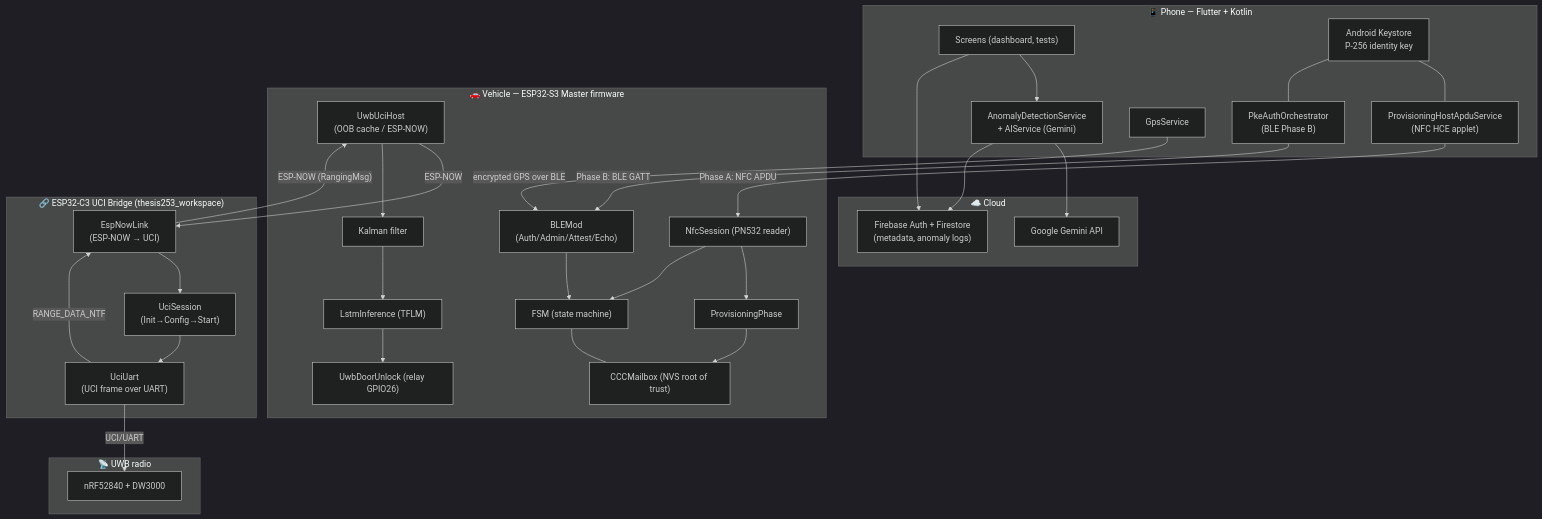
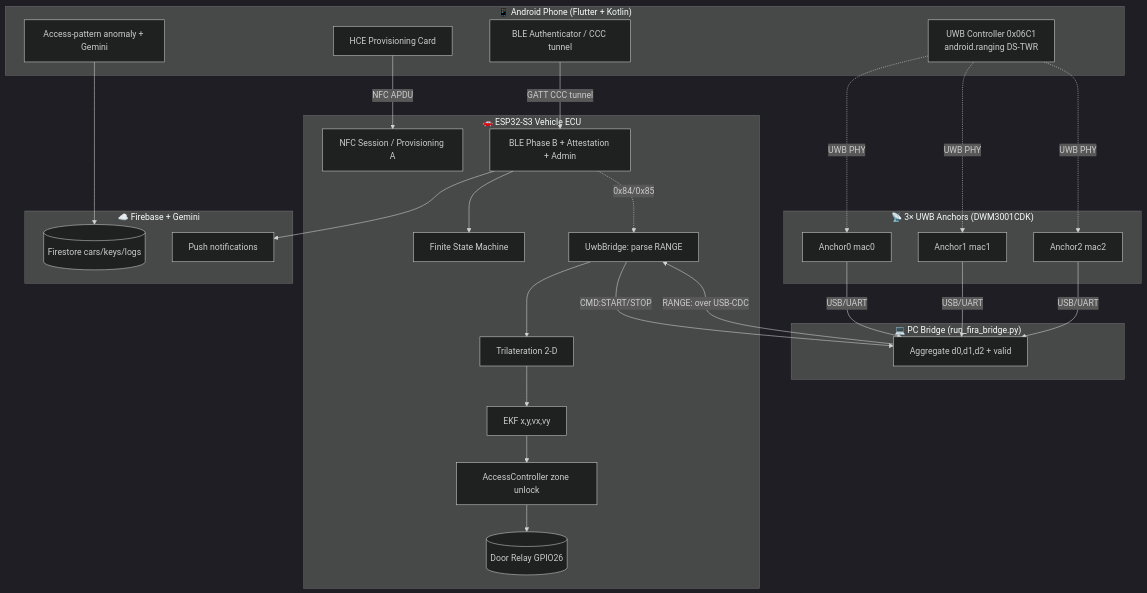
Before and after one commit to NhanVo-tech/Thesis: the first of 2 diagrams in SmartCarAccess/docs/ARCHITECTURE.md, drawn with Mermaid (dark theme). The commit also changed other lines of this file and 8 other files, not shown here.

````diff
--- a/SmartCarAccess/docs/ARCHITECTURE.md
+++ b/SmartCarAccess/docs/ARCHITECTURE.md
@@ -9,57 +25,47 @@
 ```mermaid
 flowchart TB
-    subgraph Phone["📱 Phone — Flutter + Kotlin"]
-        UI["Screens (dashboard, tests)"]
-        KS["Android Keystore\nP-256 identity key"]
-        HCE["ProvisioningHostApduService\n(NFC HCE applet)"]
-        PKE["PkeAuthOrchestrator\n(BLE Phase B)"]
-        GPS["GpsService"]
-        ANO["AnomalyDetectionService\n+ AIService (Gemini)"]
+    subgraph Phone["📱 Android Phone (Flutter + Kotlin)"]
+        HCE[HCE Provisioning Card]
+        BLEc[BLE Authenticator / CCC tunnel]
+        UWBc[UWB Controller 0x06C1<br/>android.ranging DS-TWR]
+        AI[Access-pattern anomaly + Gemini]
     end
 
-    subgraph Cloud["☁️ Cloud"]
-        FB["Firebase Auth + Firestore\n(metadata, anomaly logs)"]
-        GEM["Google Gemini API"]
+    subgraph Anchors["📡 3× UWB Anchors (DWM3001CDK)"]
+        A0[Anchor0 mac0]
+        A1[Anchor1 mac1]
+        A2[Anchor2 mac2]
     end
 
-    subgraph Vehicle["🚗 Vehicle — ESP32-S3 Master firmware"]
-        NFC["NfcSession (PN532 reader)"]
-        PROV["ProvisioningPhase"]
-        CCC["CCCMailbox (NVS root of trust)"]
-        BLE["BLEMod\n(Auth/Admin/Attest/Echo)"]
-        FSM["FSM (state machine)"]
-        HOST["UwbUciHost\n(OOB cache / ESP-NOW)"]
-        KAL["Kalman filter"]
-        LSTM["LstmInference (TFLM)"]
-        DOOR["UwbDoorUnlock (relay GPIO26)"]
+    subgraph PC["💻 PC Bridge (run_fira_bridge.py)"]
+        Bridge[Aggregate d0,d1,d2 + valid]
     end
 
-    subgraph Bridge["🔗 ESP32-C3 UCI Bridge (thesis253_workspace)"]
-        EN["EspNowLink\n(ESP-NOW → UCI)"]
-        US["UciSession\n(Init→Config→Start)"]
-        UU["UciUart\n(UCI frame over UART)"]
+    subgraph ESP["🚗 ESP32-S3 Vehicle ECU"]
+        NFC[NFC Session / Provisioning A]
+        BLEs[BLE Phase B + Attestation + Admin]
+        FSM[Finite State Machine]
+        UWBb[UwbBridge: parse RANGE]
+        TRI[Trilateration 2-D]
+        EKF[EKF x,y,vx,vy]
+        AC[AccessController zone unlock]
+        RELAY[(Door Relay GPIO26)]
     end
 
-    subgraph Radios["📡 UWB radio"]
-        DW["nRF52840 + DW3000"]
+    subgraph Cloud["☁️ Firebase + Gemini"]
+        FS[(Firestore cars/keys/logs)]
+        FCM[Push notifications]
     end
 
-    HCE -- "Phase A: NFC APDU" --> NFC
-    KS --- HCE
-    NFC --> PROV --> CCC
-    PKE -- "Phase B: BLE GATT" --> BLE
-    KS --- PKE
-    BLE --> FSM
-    NFC --> FSM
-    GPS -- "encrypted GPS over BLE" --> BLE
-    HOST -- "ESP-NOW" --> EN
-    EN --> US --> UU
-    UU -- "UCI/UART" --> DW
-    UU -- "RANGE_DATA_NTF" --> EN
-    EN -- "ESP-NOW (RangingMsg)" --> HOST
-    HOST --> KAL --> LSTM --> DOOR
-    UI --> ANO --> GEM
-    UI --> FB
-    ANO --> FB
-    FSM --- CCC
+    HCE -- NFC APDU --> NFC
+    BLEc -- GATT CCC tunnel --> BLEs
+    UWBc -. UWB PHY .-> A0 & A1 & A2
+    A0 & A1 & A2 -- USB/UART --> Bridge
+    Bridge -- "RANGE: over USB-CDC" --> UWBb
+    UWBb -- "CMD:START/STOP" --> Bridge
+    BLEs --> FSM
+    UWBb --> TRI --> EKF --> AC --> RELAY
+    BLEs -. "0x84/0x85" .-> UWBb
+    AI --> FS
+    BLEs --> FCM
 ```
````
